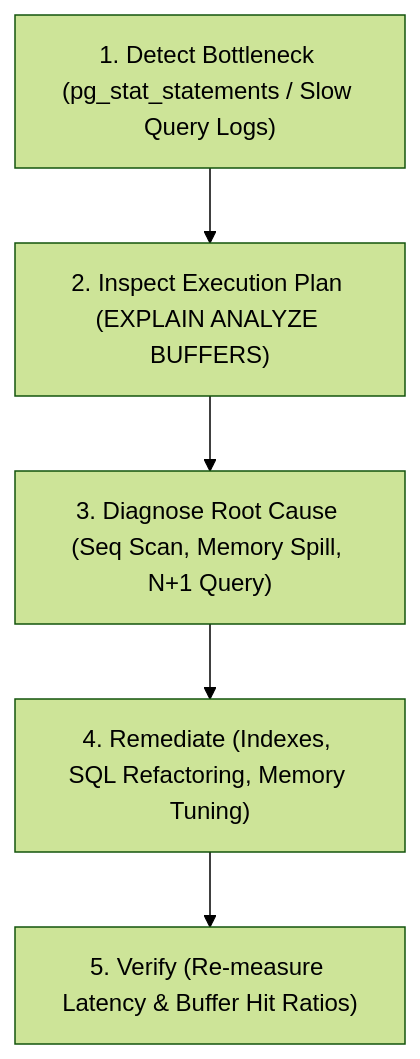
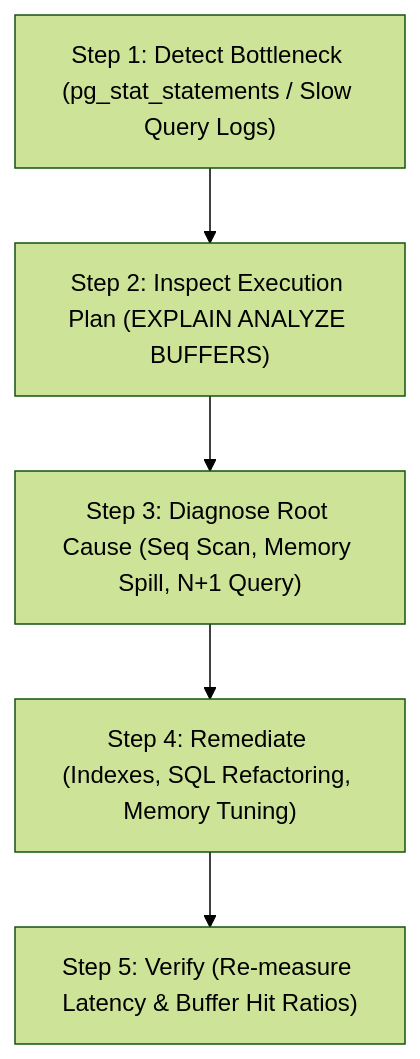
The diagram in eng/1. Databases SQL PostgreSQL/21. How to optimize slow queries.md (saraswatdeepesh19/Interview-Preparation), drawn with Mermaid (forest theme) before and after one commit. The commit also changed 8 other files, not shown here.

First line of the commit message:
Render Mermaid diagrams on the site

````diff
--- a/eng/1. Databases SQL PostgreSQL/21. How to optimize slow queries.md
+++ b/eng/1. Databases SQL PostgreSQL/21. How to optimize slow queries.md
@@ -9,7 +9,7 @@
 ```mermaid
 graph TD
-    A["1. Detect Bottleneck (pg_stat_statements / Slow Query Logs)"] --> B["2. Inspect Execution Plan (EXPLAIN ANALYZE BUFFERS)"]
-    B --> C["3. Diagnose Root Cause (Seq Scan, Memory Spill, N+1 Query)"]
-    C --> D["4. Remediate (Indexes, SQL Refactoring, Memory Tuning)"]
-    D --> E["5. Verify (Re-measure Latency & Buffer Hit Ratios)"]
+    A["Step 1: Detect Bottleneck (pg_stat_statements / Slow Query Logs)"] --> B["Step 2: Inspect Execution Plan (EXPLAIN ANALYZE BUFFERS)"]
+    B --> C["Step 3: Diagnose Root Cause (Seq Scan, Memory Spill, N+1 Query)"]
+    C --> D["Step 4: Remediate (Indexes, SQL Refactoring, Memory Tuning)"]
+    D --> E["Step 5: Verify (Re-measure Latency & Buffer Hit Ratios)"]
 ```
````
